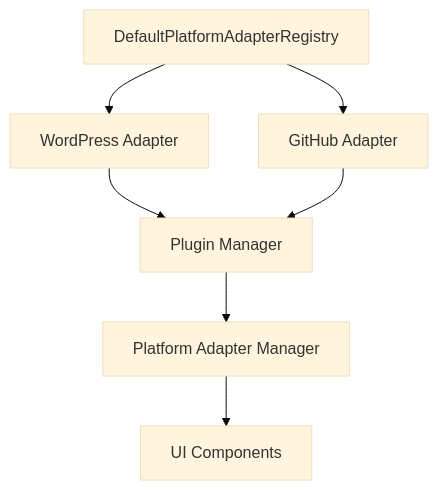
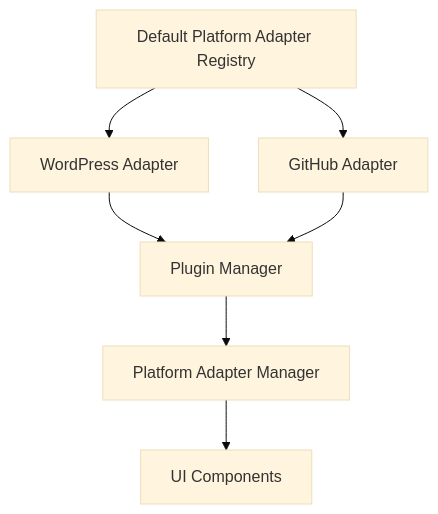
One commit to terwer/siyuan-plugin-publisher changed the second of 7 diagrams in DEVELOPMENT.md. Above: the diagram before and after it, drawn with Mermaid (base theme). The commit also changed other lines of this file and 1 other file, not shown here.

First line of the commit message:
docs(DEVELOPMENT): update plugin system architecture and development guidelines

````diff
--- a/DEVELOPMENT.md
+++ b/DEVELOPMENT.md
@@ -368,9 +42,9 @@
 ```mermaid
 graph TD
-    A[DefaultPlatformAdapterRegistry] --> B[WordPress Adapter]
+    A[Default Platform Adapter Registry] --> B[WordPress Adapter]
     A --> C[GitHub Adapter]
     B --> D[Plugin Manager]
     C --> D
     D --> E[Platform Adapter Manager]
     E --> F[UI Components]
 ```
````
